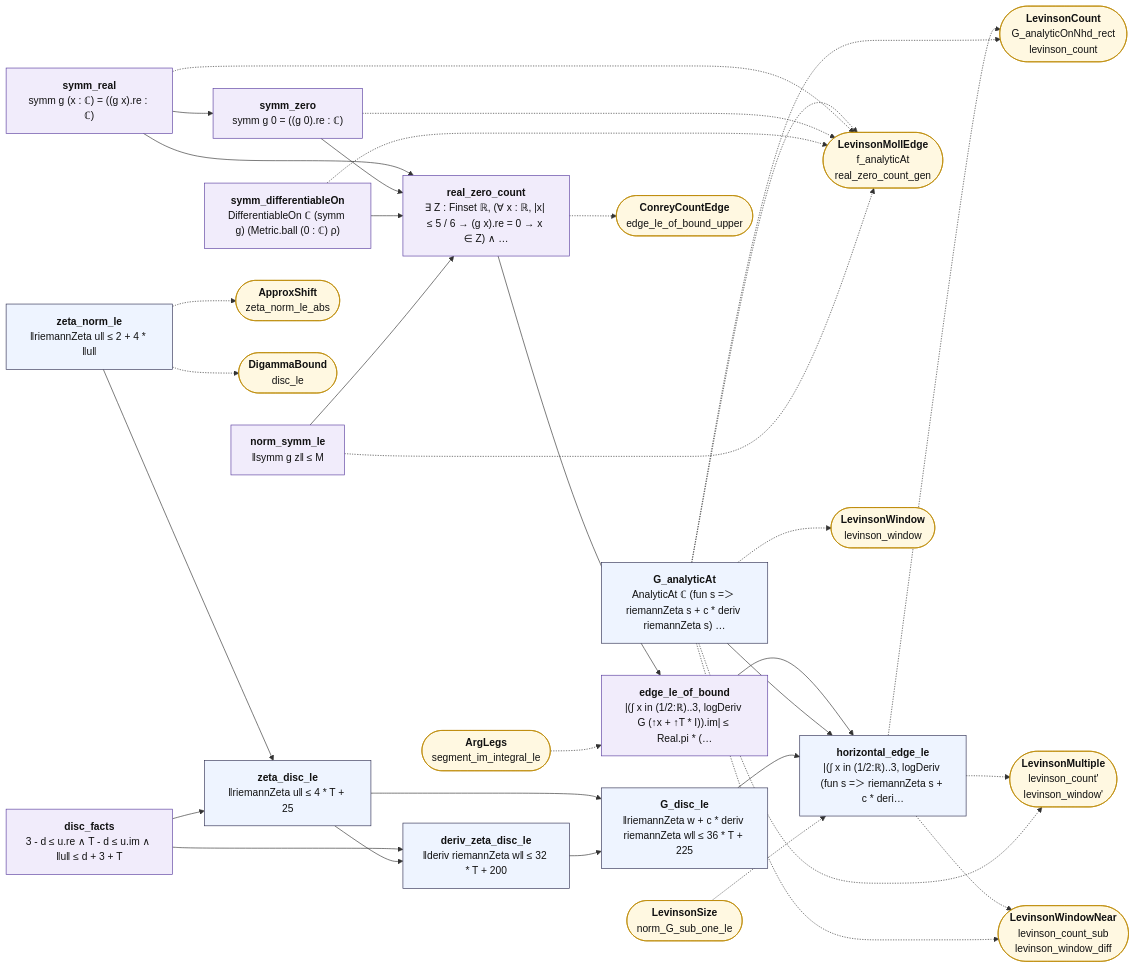
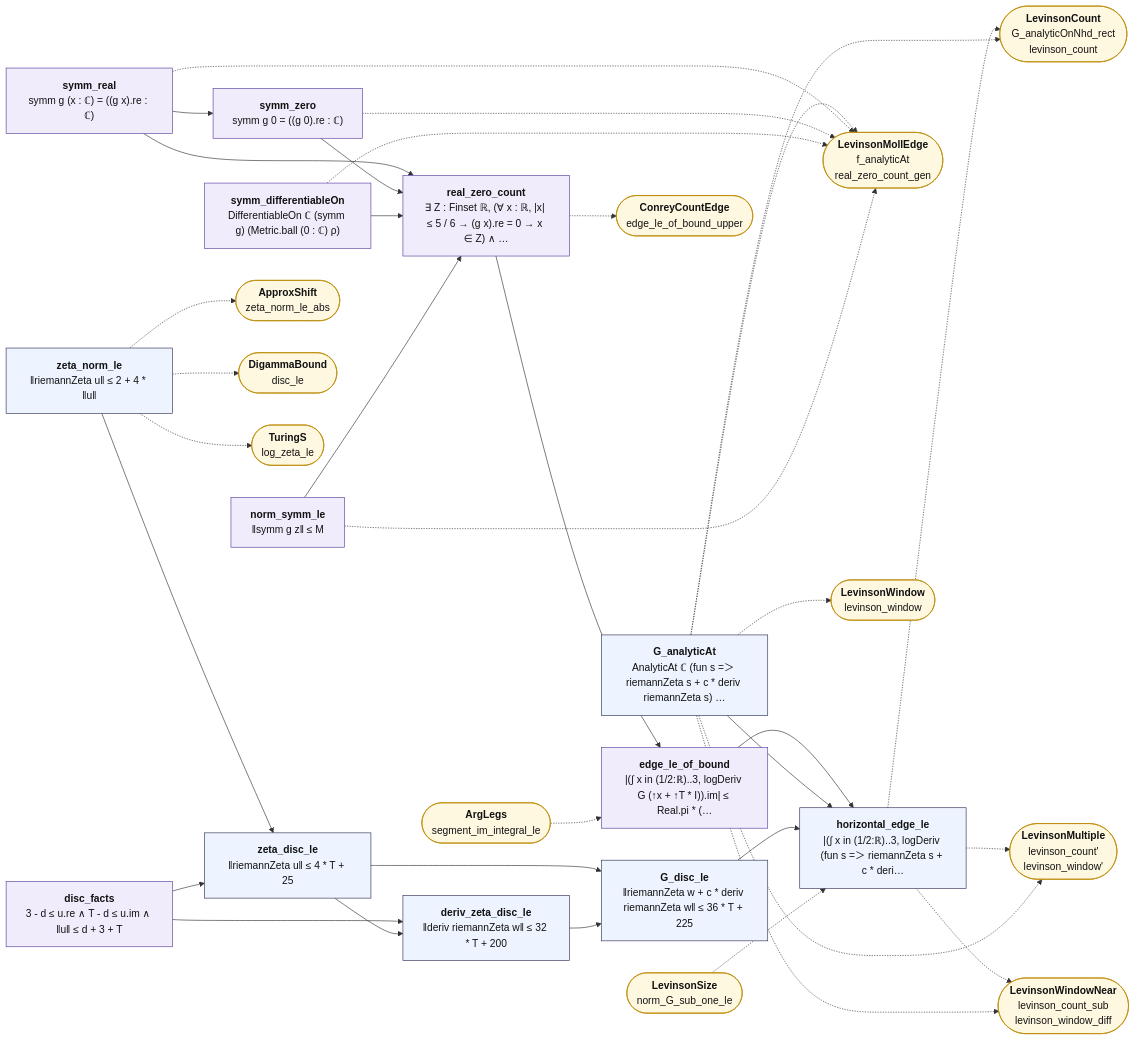
The diagram in map/lean_stage3/LevinsonEdge.md (juliansambranojr/Primebeat_081426), drawn with Mermaid before and after one commit. The commit also changed other lines of this file and 32 other files, not shown here.

````diff
--- a/map/lean_stage3/LevinsonEdge.md
+++ b/map/lean_stage3/LevinsonEdge.md
@@ -14,66 +14,68 @@
 ```mermaid
 flowchart LR
   n0["<b>zeta_norm_le</b><br/>‖riemannZeta u‖ ≤ 2 + 4 * ‖u‖"]:::thm
   n1["<b>disc_facts</b><br/>3 - d ≤ u.re ∧ T - d ≤ u.im ∧ ‖u‖ ≤ d + 3 + T"]:::shp
   n2["<b>zeta_disc_le</b><br/>‖riemannZeta u‖ ≤ 4 * T + 25"]:::thm
   n3["<b>deriv_zeta_disc_le</b><br/>‖deriv riemannZeta w‖ ≤ 32 * T + 200"]:::thm
   n4["<b>G_analyticAt</b><br/>AnalyticAt ℂ (fun s =＞ riemannZeta s + c * deriv riemannZeta s) …"]:::thm
   n5["<b>G_disc_le</b><br/>‖riemannZeta w + c * deriv riemannZeta w‖ ≤ 36 * T + 225"]:::thm
   n6["<b>symm_real</b><br/>symm g (x : ℂ) = ((g x).re : ℂ)"]:::shp
   n7["<b>symm_zero</b><br/>symm g 0 = ((g 0).re : ℂ)"]:::shp
   n8["<b>symm_differentiableOn</b><br/>DifferentiableOn ℂ (symm g) (Metric.ball (0 : ℂ) ρ)"]:::shp
   n9["<b>norm_symm_le</b><br/>‖symm g z‖ ≤ M"]:::shp
   n10["<b>real_zero_count</b><br/>∃ Z : Finset ℝ, (∀ x : ℝ, |x| ≤ 5 / 6 → (g x).re = 0 → x ∈ Z) ∧ …"]:::shp
   n11["<b>edge_le_of_bound</b><br/>|(∫ x in (1/2:ℝ)..3, logDeriv G (↑x + ↑T * I)).im| ≤ Real.pi * (…"]:::shp
   n12["<b>horizontal_edge_le</b><br/>|(∫ x in (1/2:ℝ)..3, logDeriv (fun s =＞ riemannZeta s + c * deri…"]:::thm
   x0(["<b>ApproxShift</b><br/>zeta_norm_le_abs"]):::ext
   x1(["<b>DigammaBound</b><br/>disc_le"]):::ext
-  x2(["<b>LevinsonCount</b><br/>G_analyticOnNhd_rect<br/>levinson_count"]):::ext
-  x3(["<b>LevinsonMollEdge</b><br/>f_analyticAt<br/>real_zero_count_gen"]):::ext
-  x4(["<b>LevinsonMultiple</b><br/>levinson_count'<br/>levinson_window'"]):::ext
-  x5(["<b>LevinsonWindow</b><br/>levinson_window"]):::ext
-  x6(["<b>LevinsonWindowNear</b><br/>levinson_count_sub<br/>levinson_window_diff"]):::ext
-  x7(["<b>ConreyCountEdge</b><br/>edge_le_of_bound_upper"]):::ext
-  x8(["<b>ArgLegs</b><br/>segment_im_integral_le"]):::ext
-  x9(["<b>LevinsonSize</b><br/>norm_G_sub_one_le"]):::ext
+  x2(["<b>TuringS</b><br/>log_zeta_le"]):::ext
+  x3(["<b>LevinsonCount</b><br/>G_analyticOnNhd_rect<br/>levinson_count"]):::ext
+  x4(["<b>LevinsonMollEdge</b><br/>f_analyticAt<br/>real_zero_count_gen"]):::ext
+  x5(["<b>LevinsonMultiple</b><br/>levinson_count'<br/>levinson_window'"]):::ext
+  x6(["<b>LevinsonWindow</b><br/>levinson_window"]):::ext
+  x7(["<b>LevinsonWindowNear</b><br/>levinson_count_sub<br/>levinson_window_diff"]):::ext
+  x8(["<b>ConreyCountEdge</b><br/>edge_le_of_bound_upper"]):::ext
+  x9(["<b>ArgLegs</b><br/>segment_im_integral_le"]):::ext
+  x10(["<b>LevinsonSize</b><br/>norm_G_sub_one_le"]):::ext
   n0 --> n2
   n1 --> n2
   n1 --> n3
   n10 --> n11
   n11 --> n12
   n2 --> n3
   n2 --> n5
   n3 --> n5
   n4 --> n12
   n5 --> n12
   n6 --> n10
   n6 --> n7
   n7 --> n10
   n8 --> n10
   n9 --> n10
   n0 -.-> x0
   n0 -.-> x1
-  n10 -.-> x7
-  n12 -.-> x2
-  n12 -.-> x4
-  n12 -.-> x6
-  n4 -.-> x2
+  n0 -.-> x2
+  n10 -.-> x8
+  n12 -.-> x3
+  n12 -.-> x5
+  n12 -.-> x7
   n4 -.-> x3
   n4 -.-> x4
   n4 -.-> x5
   n4 -.-> x6
-  n6 -.-> x3
-  n7 -.-> x3
-  n8 -.-> x3
-  n9 -.-> x3
-  x8 -.-> n11
-  x9 -.-> n12
+  n4 -.-> x7
+  n6 -.-> x4
+  n7 -.-> x4
+  n8 -.-> x4
+  n9 -.-> x4
+  x10 -.-> n12
+  x9 -.-> n11
   classDef cnt fill:#dff5ec,stroke:#17694a,color:#111
   classDef shp fill:#f1ecfb,stroke:#5b3fa0,color:#111
   classDef rh fill:#ffe5e5,stroke:#c22,color:#111,stroke-width:2px
   classDef thm fill:#eef4ff,stroke:#335,color:#111
   classDef end_ fill:#e7f7e7,stroke:#2a7,color:#111,stroke-width:2px
   classDef lone fill:#fff,stroke:#999,color:#111,stroke-dasharray:4 3
   classDef bad fill:#ffe5e5,stroke:#c22,color:#111,stroke-width:2px
   classDef ext fill:#fff8e1,stroke:#b80,color:#111
 ```
````
